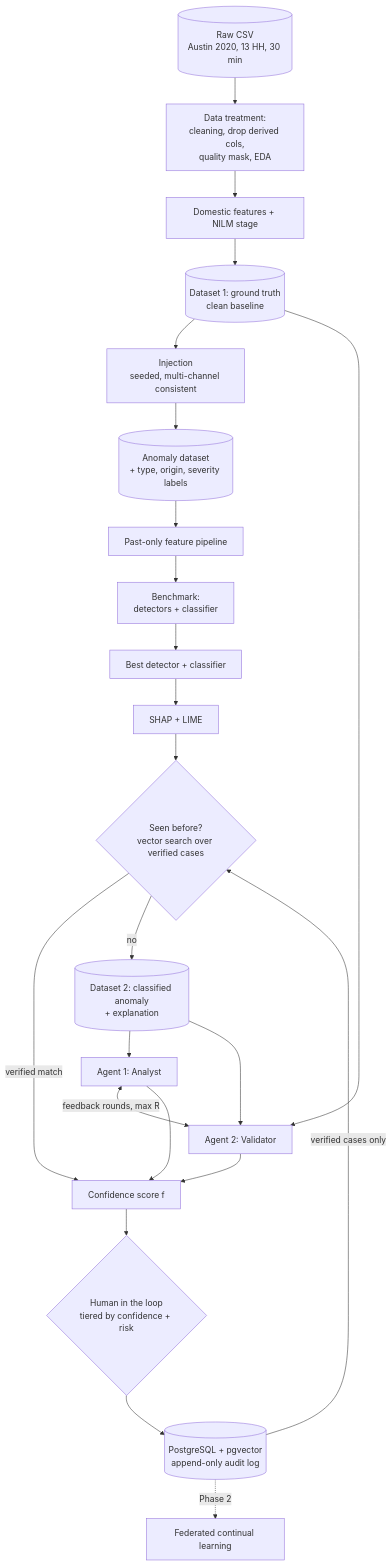
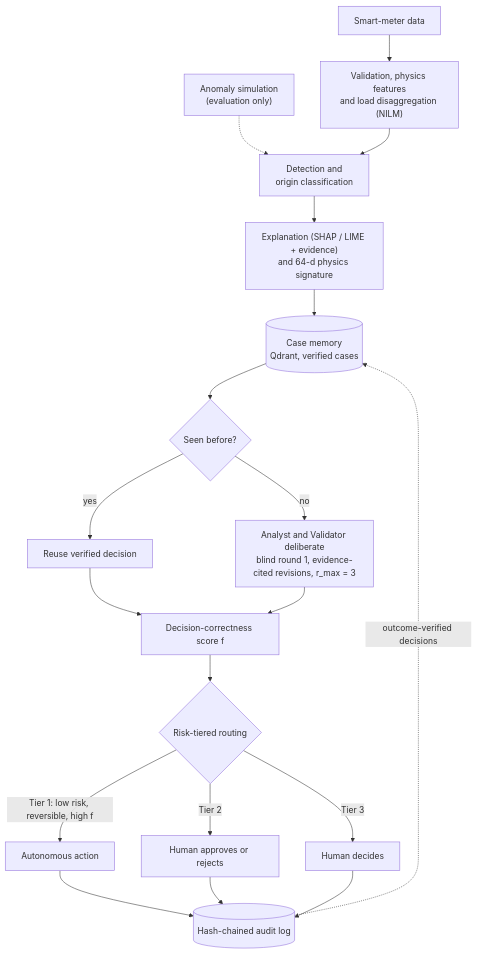
The diagram in README.md (emnagrajaa/EnergyMind), drawn with Mermaid before and after one commit. The commit also changed other lines of this file, not shown here.

````diff
--- a/README.md
+++ b/README.md
@@ -22,25 +7,21 @@
 ```mermaid
 flowchart TD
-    RAW[(Raw CSV<br/>Austin 2020, 13 HH, 30 min)] --> PREP[Data treatment:<br/>cleaning, drop derived cols,<br/>quality mask, EDA]
-    PREP --> DOM[Domestic features + NILM stage]
-    DOM --> GT[(Dataset 1: ground truth<br/>clean baseline)]
-    GT --> INJ[Injection<br/>seeded, multi-channel consistent]
-    INJ --> AD[(Anomaly dataset<br/>+ type, origin, severity labels)]
-    AD --> FEAT[Past-only feature pipeline]
-    FEAT --> BENCH[Benchmark:<br/>detectors + classifier]
-    BENCH --> BEST[Best detector + classifier]
-    BEST --> XAI[SHAP + LIME]
-    XAI --> SEEN{Seen before?<br/>vector search over verified cases}
-    SEEN -->|verified match| CONF
-    SEEN -->|no| REC[(Dataset 2: classified anomaly<br/>+ explanation)]
-    REC --> A1[Agent 1: Analyst]
-    GT --> A2[Agent 2: Validator]
-    REC --> A2
-    A1 <-->|feedback rounds, max R| A2
-    A1 --> CONF[Confidence score f]
-    A2 --> CONF
-    CONF --> HIL{Human in the loop<br/>tiered by confidence + risk}
-    HIL --> LOG[(PostgreSQL + pgvector<br/>append-only audit log)]
-    LOG -->|verified cases only| SEEN
-    LOG -.Phase 2.-> FCL[Federated continual learning]
+    DATA["Smart-meter data"] --> VAL["Validation, physics features<br/>and load disaggregation (NILM)"]
+    SIM["Anomaly simulation<br/>(evaluation only)"] -.-> DET
+    VAL --> DET["Detection and<br/>origin classification"]
+    DET --> XAI["Explanation (SHAP / LIME + evidence)<br/>and 64-d physics signature"]
+    XAI --> MEM[("Case memory<br/>Qdrant, verified cases")]
+    MEM --> SEEN{"Seen before?"}
+    SEEN -- yes --> REUSE["Reuse verified decision"]
+    SEEN -- no --> AG["Analyst and Validator deliberate<br/>blind round 1, evidence-cited revisions, r_max = 3"]
+    REUSE --> F["Decision-correctness score f"]
+    AG --> F
+    F --> ROUTE{"Risk-tiered routing"}
+    ROUTE -- "Tier 1: low risk, reversible, high f" --> AUTO["Autonomous action"]
+    ROUTE -- "Tier 2" --> APP["Human approves or rejects"]
+    ROUTE -- "Tier 3" --> HUM["Human decides"]
+    AUTO --> LOG[("Hash-chained audit log")]
+    APP --> LOG
+    HUM --> LOG
+    LOG -. "outcome-verified decisions" .-> MEM
 ```
````
